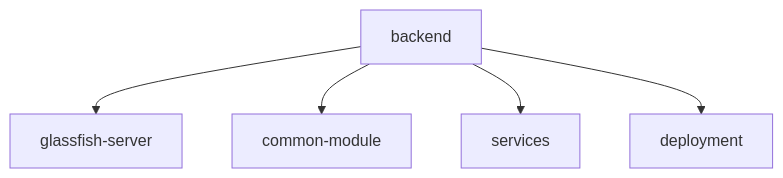
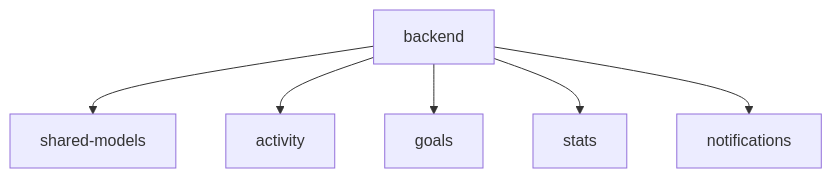
Before and after one commit to marouaneaka/gofit: the first of 13 diagrams in conception/ArchitectureTechnique.md, drawn with Mermaid. The commit also changed other lines of this file, not shown here.

````diff
--- a/conception/ArchitectureTechnique.md
+++ b/conception/ArchitectureTechnique.md
@@ -33,8 +33,10 @@
 ```mermaid
 graph TD
     root[backend]
-    root --> server[glassfish-server]
-    root --> common[common-module]
-    root --> services[services]
-    root --> deployment[deployment]
+    root --> common[shared-models]
+    root --> activity[activity]
+    root --> goals[goals]
+    root --> stats[stats]
+    root --> notifications[notifications]
+    
 ```
````
